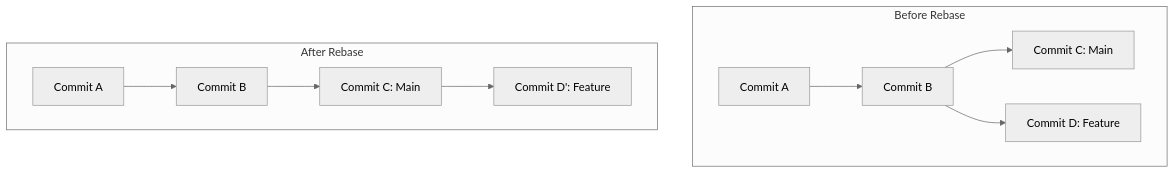
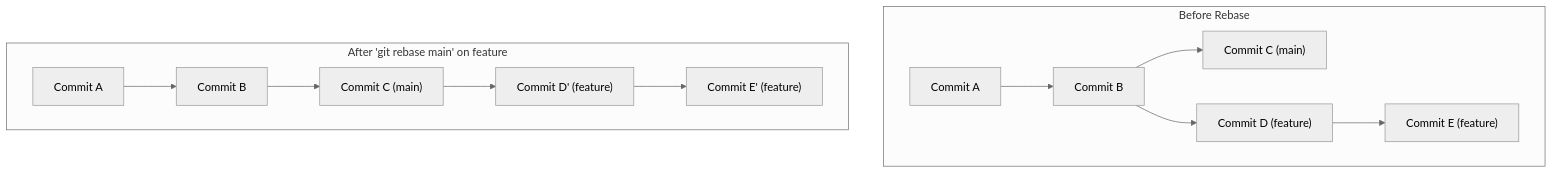
One commit to livelyfun/Git-Github_Tutorial changed the first of 3 diagrams in git-tutorial-advanced.md. Above: the diagram before and after it, drawn with Mermaid (neutral theme). The commit also changed other lines of this file and 4 other files, not shown here.

````diff
--- a/git-tutorial-advanced.md
+++ b/git-tutorial-advanced.md
@@ -10,11 +19,11 @@
 ```mermaid
-graph TD
+flowchart TD
     subgraph "Before Rebase"
-        A[Commit A] --> B[Commit B] --> C[Commit C: Main]
-        B --> D[Commit D: Feature]
+        A["Commit A"] --> B["Commit B"] --> C["Commit C (main)"]
+        B --> D["Commit D (feature)"] --> E["Commit E (feature)"]
     end
-    
-    subgraph "After Rebase"
-        A1[Commit A] --> B1[Commit B] --> C1[Commit C: Main] --> D1[Commit D': Feature]
+
+    subgraph "After 'git rebase main' on feature"
+        A1["Commit A"] --> B1["Commit B"] --> C1["Commit C (main)"] --> D1["Commit D' (feature)"] --> E1["Commit E' (feature)"]
     end
 ```
````
